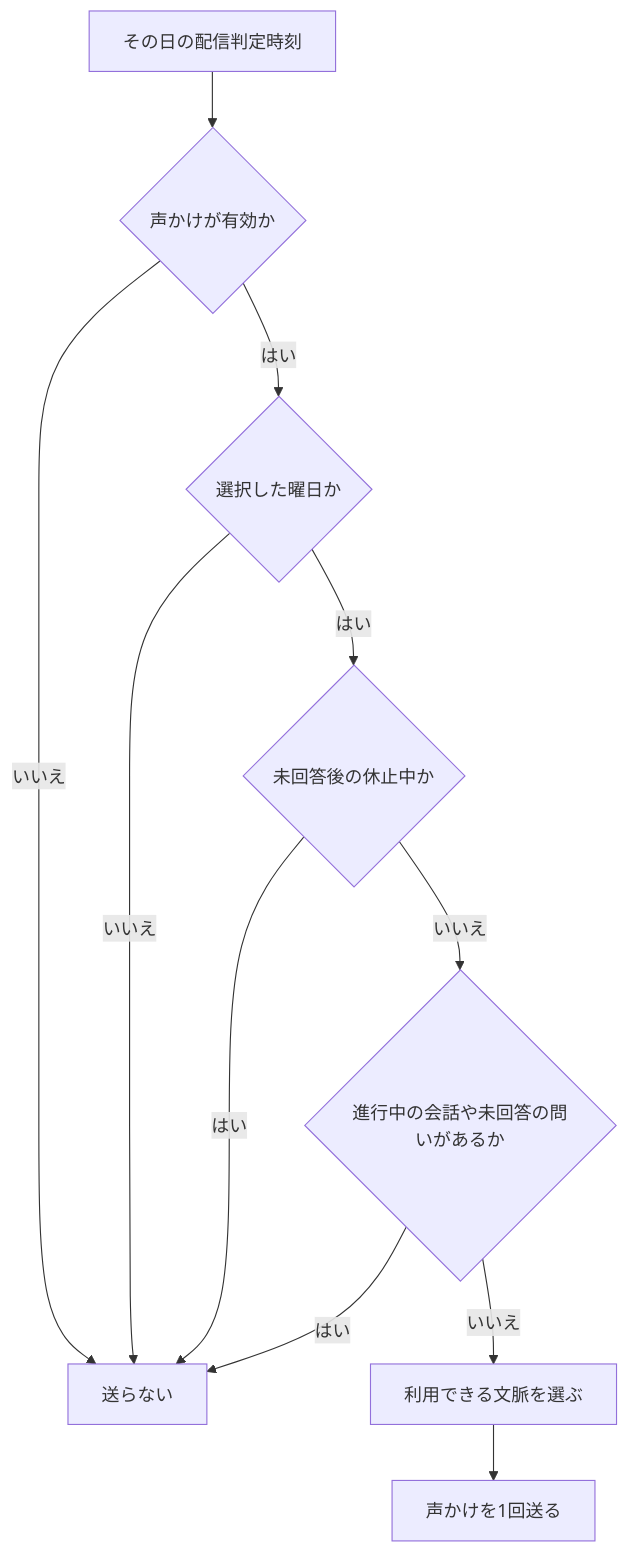
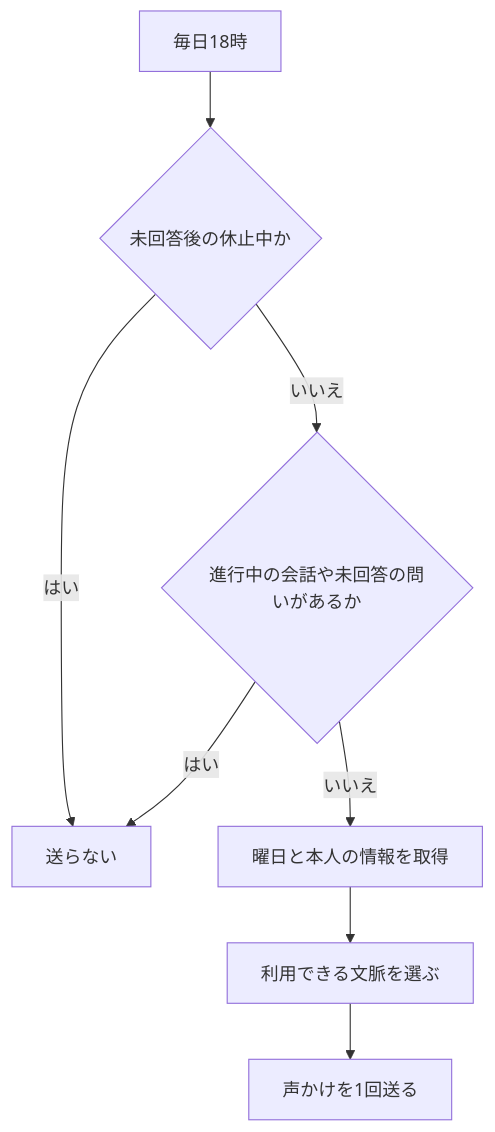
Before and after one commit to kkyosuke/me-builder: the first of 5 diagrams in docs/product/diary-chat-experience.md, drawn with Mermaid. The commit also changed other lines of this file and 2 other files, not shown here.

````diff
--- a/docs/product/diary-chat-experience.md
+++ b/docs/product/diary-chat-experience.md
@@ -76,13 +76,10 @@
 ```mermaid
 flowchart TD
-    A[その日の配信判定時刻] --> B{声かけが有効か}
-    B -->|いいえ| Z[送らない]
-    B -->|はい| C{選択した曜日か}
-    C -->|いいえ| Z
-    C -->|はい| D{未回答後の休止中か}
-    D -->|はい| Z
-    D -->|いいえ| E{進行中の会話や未回答の問いがあるか}
-    E -->|はい| Z
-    E -->|いいえ| F[利用できる文脈を選ぶ]
-    F --> G[声かけを1回送る]
+    A[毎日18時] --> B{未回答後の休止中か}
+    B -->|はい| Z[送らない]
+    B -->|いいえ| C{進行中の会話や未回答の問いがあるか}
+    C -->|はい| Z
+    C -->|いいえ| D[曜日と本人の情報を取得]
+    D --> E[利用できる文脈を選ぶ]
+    E --> F[声かけを1回送る]
 ```
````
